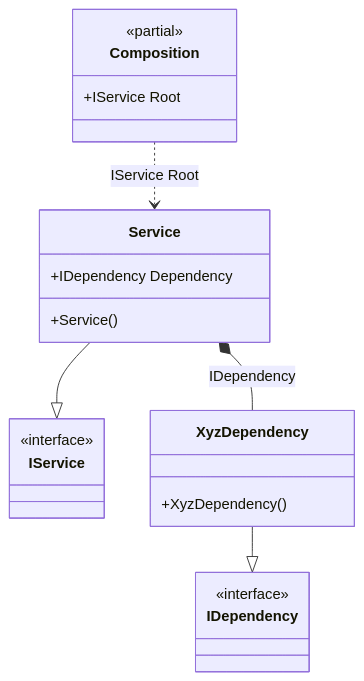
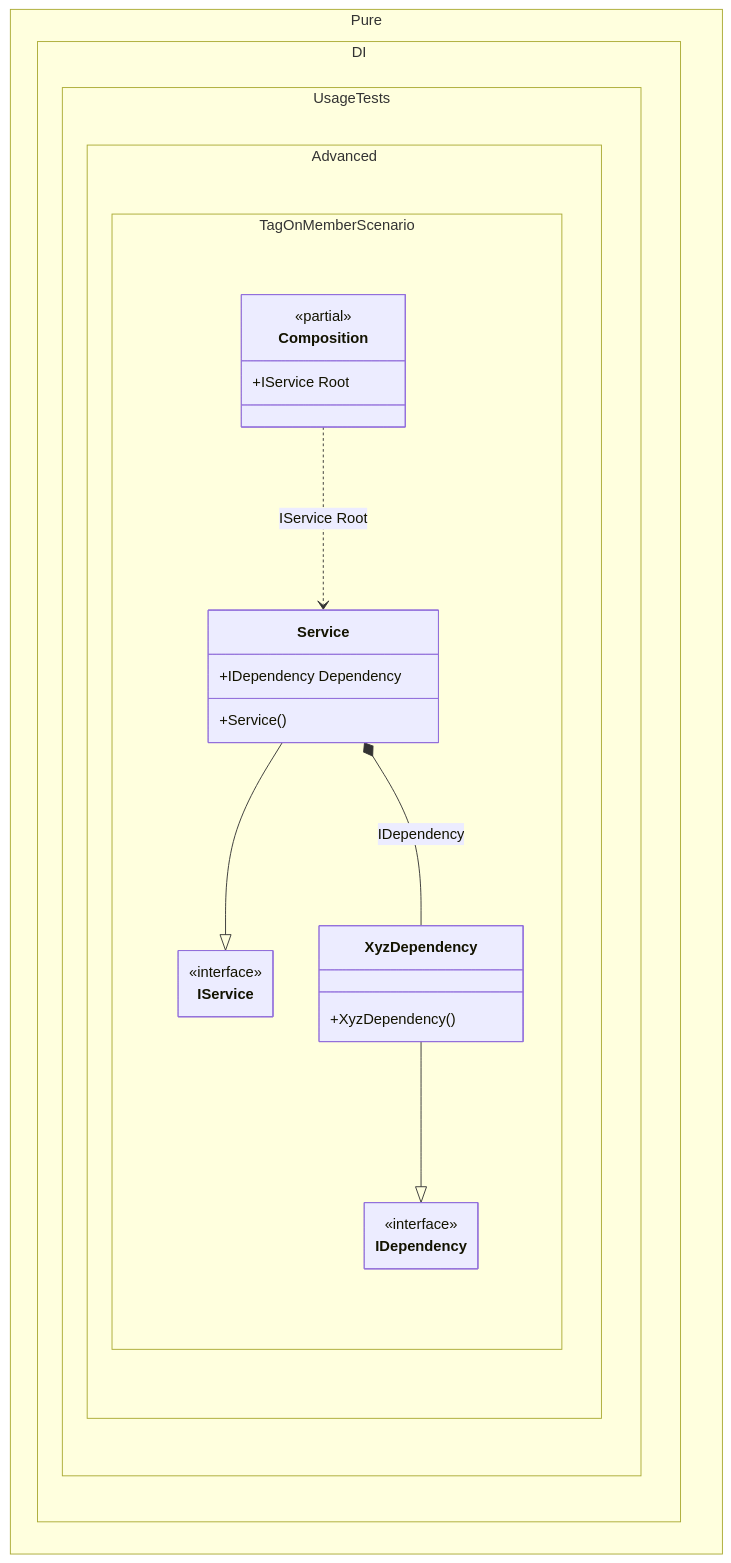
The diagram in readme/tag-on-a-member.md (DevTeam/Pure.DI), drawn with Mermaid before and after one commit. The commit also changed 103 other files, not shown here.

Commit message:
Improved class diagrams

````diff
--- a/readme/tag-on-a-member.md
+++ b/readme/tag-on-a-member.md
@@ -76,24 +76,31 @@
 ```mermaid
+---
+ config:
+  class:
+   hideEmptyMembersBox: true
+---
 classDiagram
-	class Composition {
+	Service --|> IService
+	XyzDependency --|> IDependency
+	Composition ..> Service : IService Root
+	Service *--  XyzDependency : IDependency
+	namespace Pure.DI.UsageTests.Advanced.TagOnMemberScenario {
+		class Composition {
 		<<partial>>
 		+IService Root
+		}
+		class IDependency {
+			<<interface>>
+		}
+		class IService {
+			<<interface>>
+		}
+		class Service {
+			+Service()
+			+IDependency Dependency
+		}
+		class XyzDependency {
+			+XyzDependency()
+		}
 	}
-	Service --|> IService
-	class Service {
-		+Service()
-		+IDependency Dependency
-	}
-	XyzDependency --|> IDependency
-	class XyzDependency {
-		+XyzDependency()
-	}
-	class IService {
-		<<interface>>
-	}
-	class IDependency {
-		<<interface>>
-	}
-	Composition ..> Service : IService Root
-	Service *--  XyzDependency : IDependency
 ```
````
